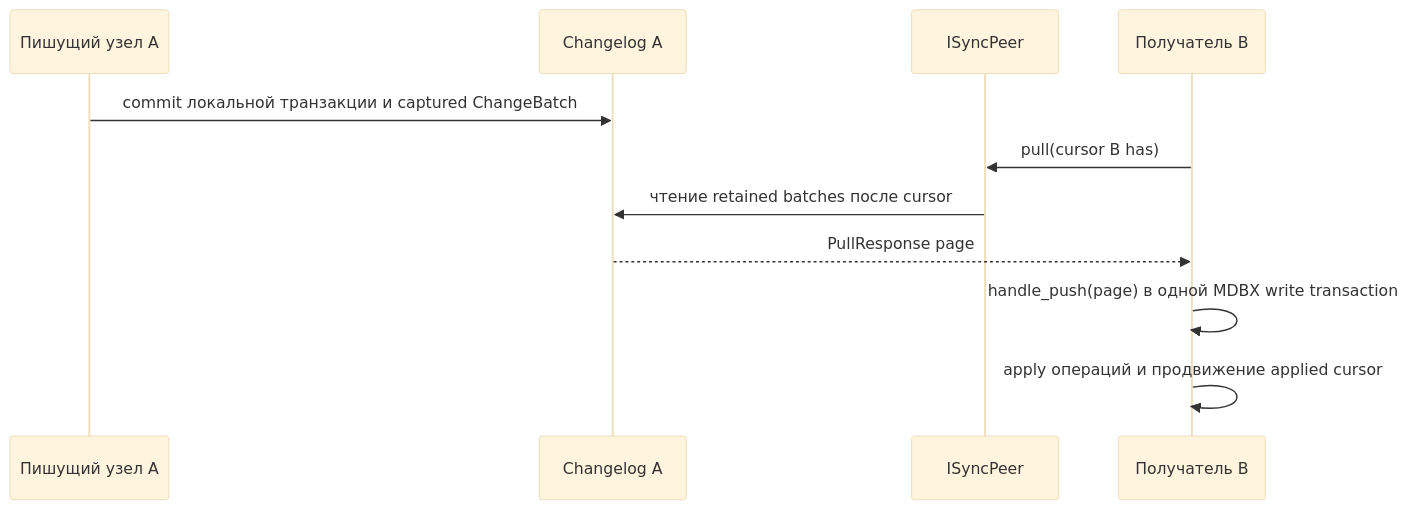
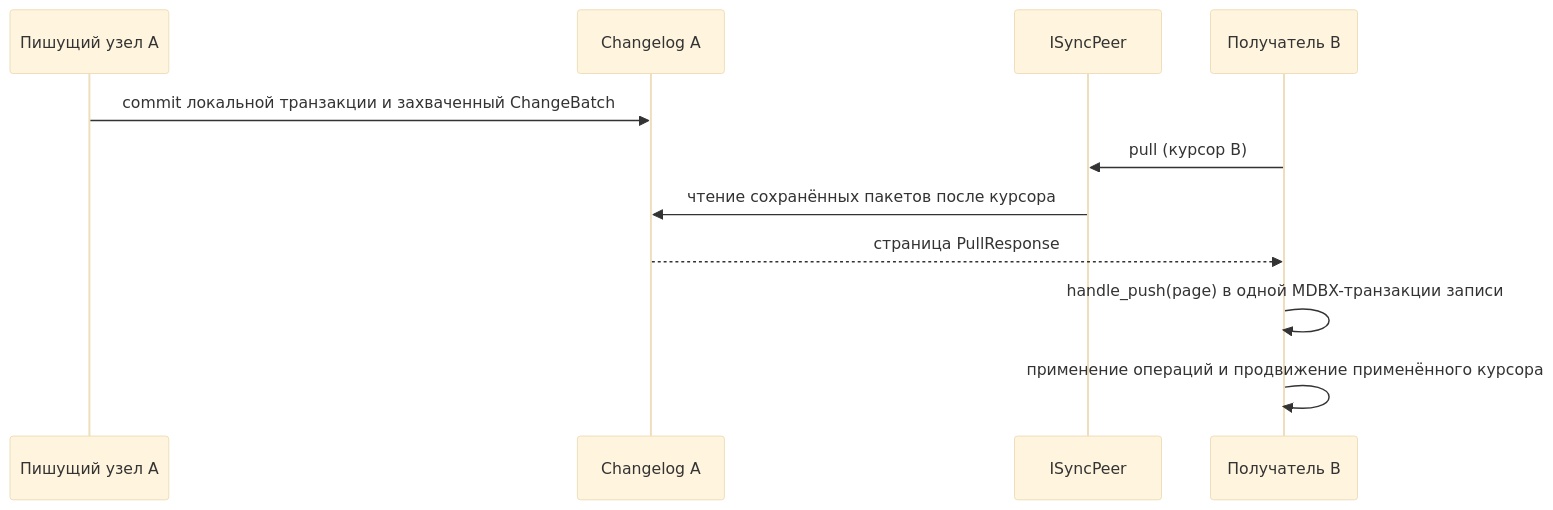
The second of 2 diagrams in docs/sync-RU.md (LimiNode/mdbx-containers), drawn with Mermaid (base theme) before and after one commit. The commit also changed other lines of this file and 8 other files, not shown here.

````diff
--- a/docs/sync-RU.md
+++ b/docs/sync-RU.md
@@ -84,14 +84,14 @@
 ```mermaid
 sequenceDiagram
     participant A as Пишущий узел A
     participant Log as Changelog A
     participant P as ISyncPeer
     participant B as Получатель B
 
-    A->>Log: commit локальной транзакции и captured ChangeBatch
-    B->>P: pull(cursor B has)
-    P->>Log: чтение retained batches после cursor
-    Log-->>B: PullResponse page
-    B->>B: handle_push(page) в одной MDBX write transaction
-    B->>B: apply операций и продвижение applied cursor
+    A->>Log: commit локальной транзакции и захваченный ChangeBatch
+    B->>P: pull (курсор B)
+    P->>Log: чтение сохранённых пакетов после курсора
+    Log-->>B: страница PullResponse
+    B->>B: handle_push(page) в одной MDBX-транзакции записи
+    B->>B: применение операций и продвижение применённого курсора
 ```
````
